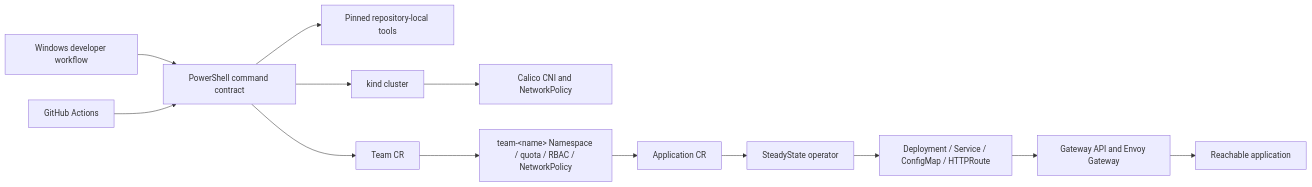
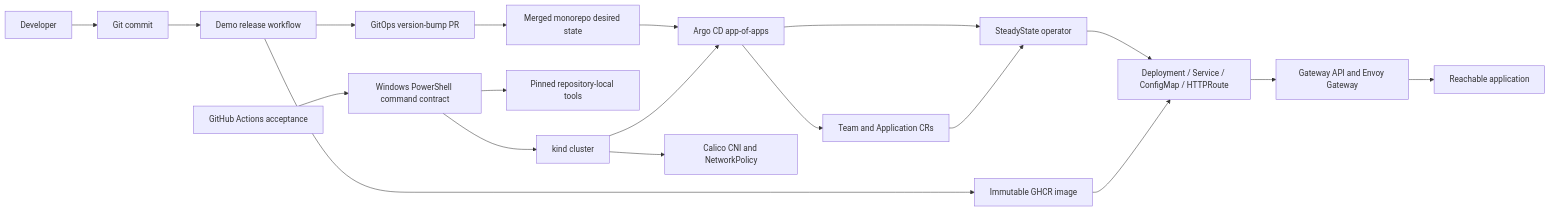
One commit to saadabdullaah/steadystate changed the diagram in README.md. Above: the diagram before and after it, drawn with Mermaid. The commit also changed other lines of this file and 12 other files, not shown here.

First line of the commit message:
feat: complete Phase 3 GitOps and hosted acceptance (#21)

````diff
--- a/README.md
+++ b/README.md
@@ -11,15 +11,21 @@
 ```mermaid
 flowchart LR
-    Dev["Windows developer workflow"] --> PS["PowerShell command contract"]
-    PS --> Tools["Pinned repository-local tools"]
+    Dev["Developer"] --> Commit["Git commit"]
+    Commit --> Release["Demo release workflow"]
+    Release --> GHCR["Immutable GHCR image"]
+    Release --> PR["GitOps version-bump PR"]
+    PR --> Git["Merged monorepo desired state"]
+    Git --> Argo["Argo CD app-of-apps"]
+    Argo --> Team["Team and Application CRs"]
+    Argo --> Operator["SteadyState operator"]
+    Team --> Operator
+    Operator --> Children["Deployment / Service / ConfigMap / HTTPRoute"]
+    GHCR --> Children
+    Children --> Gateway["Gateway API and Envoy Gateway"]
+    Gateway --> App["Reachable application"]
+    PS["Windows PowerShell command contract"] --> Tools["Pinned repository-local tools"]
     PS --> Kind["kind cluster"]
     Kind --> Calico["Calico CNI and NetworkPolicy"]
-    PS --> Team["Team CR"]
-    Team --> Boundary["team-&lt;name&gt; Namespace / quota / RBAC / NetworkPolicy"]
-    Boundary --> CR["Application CR"]
-    CR --> Operator["SteadyState operator"]
-    Operator --> Children["Deployment / Service / ConfigMap / HTTPRoute"]
-    Children --> Gateway["Gateway API and Envoy Gateway"]
-    Gateway --> App["Reachable application"]
-    CI["GitHub Actions"] --> PS
+    Kind --> Argo
+    CI["GitHub Actions acceptance"] --> PS
 ```
````
